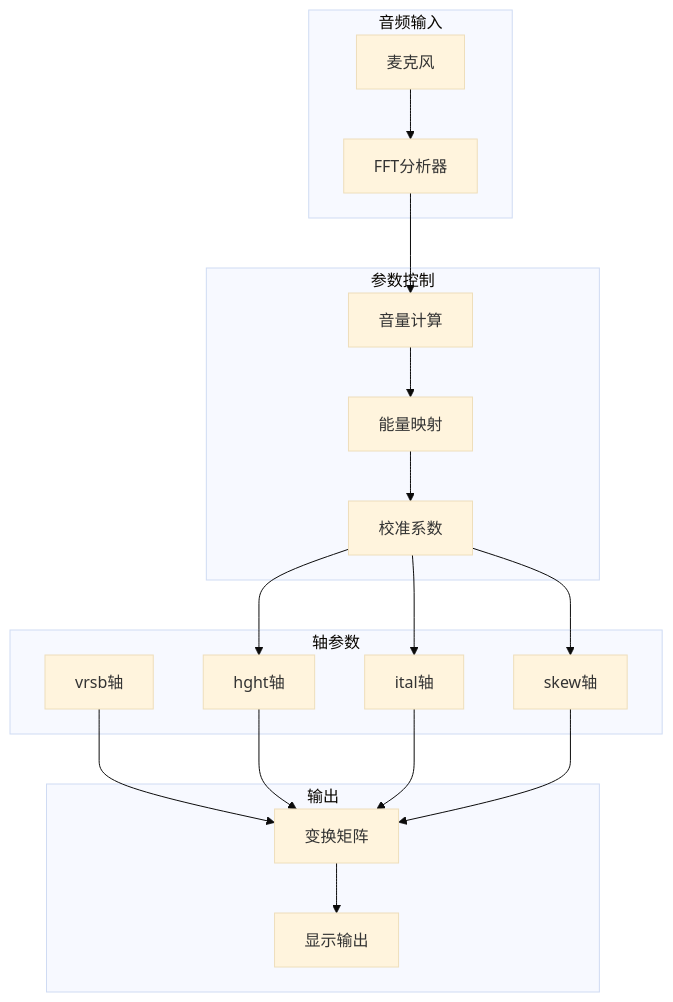
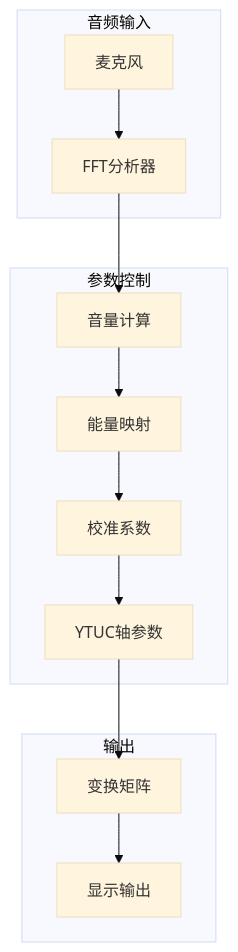
Before and after one commit to db300/MySymphosizer: the eighth of 9 diagrams in .qoder/repowiki/zh/content/核心架构设计/字体渲染引擎/字体轴参数控制.md, drawn with Mermaid (base theme). The commit also changed other lines of this file and 5 other files, not shown here.

````diff
--- a/.qoder/repowiki/zh/content/核心架构设计/字体渲染引擎/字体轴参数控制.md
+++ b/.qoder/repowiki/zh/content/核心架构设计/字体渲染引擎/字体轴参数控制.md
@@ -361,34 +312,24 @@
 ```mermaid
 graph TD
 subgraph "音频输入"
 Mic[麦克风]
 FFT[FFT分析器]
 end
 subgraph "参数控制"
 Volume[音量计算]
 Energy[能量映射]
 Calibration[校准系数]
-end
-subgraph "轴参数"
-Hght[hght轴]
-Ital[ital轴]
-Vrsb[vrsb轴]
-Skew[skew轴]
+YTUC[YTUC轴参数]
 end
 subgraph "输出"
 Transform[变换矩阵]
 Display[显示输出]
 end
 Mic --> FFT
 FFT --> Volume
 Volume --> Energy
 Energy --> Calibration
-Calibration --> Hght
-Calibration --> Ital
-Calibration --> Skew
-Vrsb --> Transform
-Hght --> Transform
-Ital --> Transform
-Skew --> Transform
+Calibration --> YTUC
+YTUC --> Transform
 Transform --> Display
 ```
````
